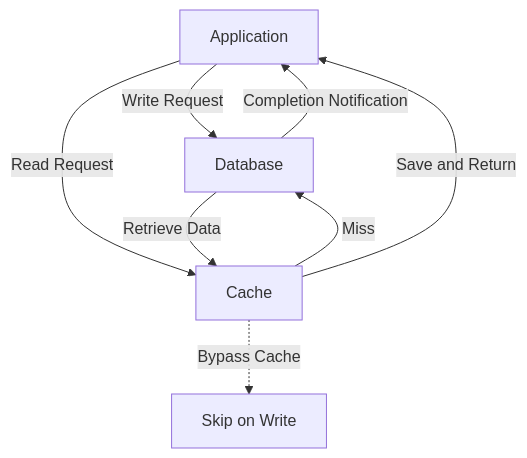
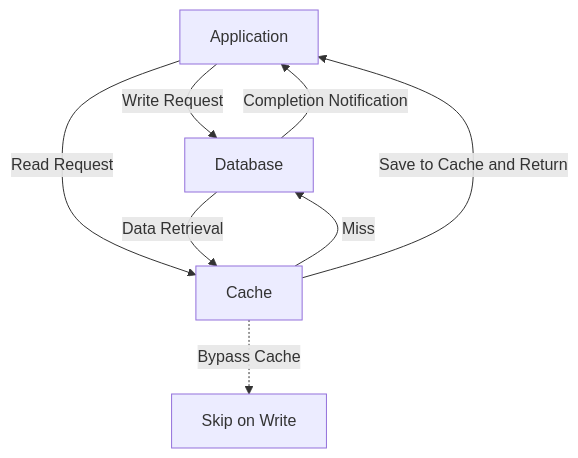
One commit to bmf-san/bmf-tech changed the ninth of 10 diagrams in content/en/posts/cache-strategy-patterns.md. Above: the diagram before and after it, drawn with Mermaid. The commit also changed other lines of this file and 989 other files, not shown here.

````diff
--- a/content/en/posts/cache-strategy-patterns.md
+++ b/content/en/posts/cache-strategy-patterns.md
@@ -245,12 +244,12 @@
 ```mermaid
 graph TD
     A[Application] -->|Write Request| C[Database]
     C -->|Completion Notification| A
 
     A -->|Read Request| B[Cache]
     B -->|Miss| C
-    C -->|Retrieve Data| B
-    B -->|Save and Return| A
+    C -->|Data Retrieval| B
+    B -->|Save to Cache and Return| A
 
     B -.->|Bypass Cache| X[Skip on Write]
 ```
````
